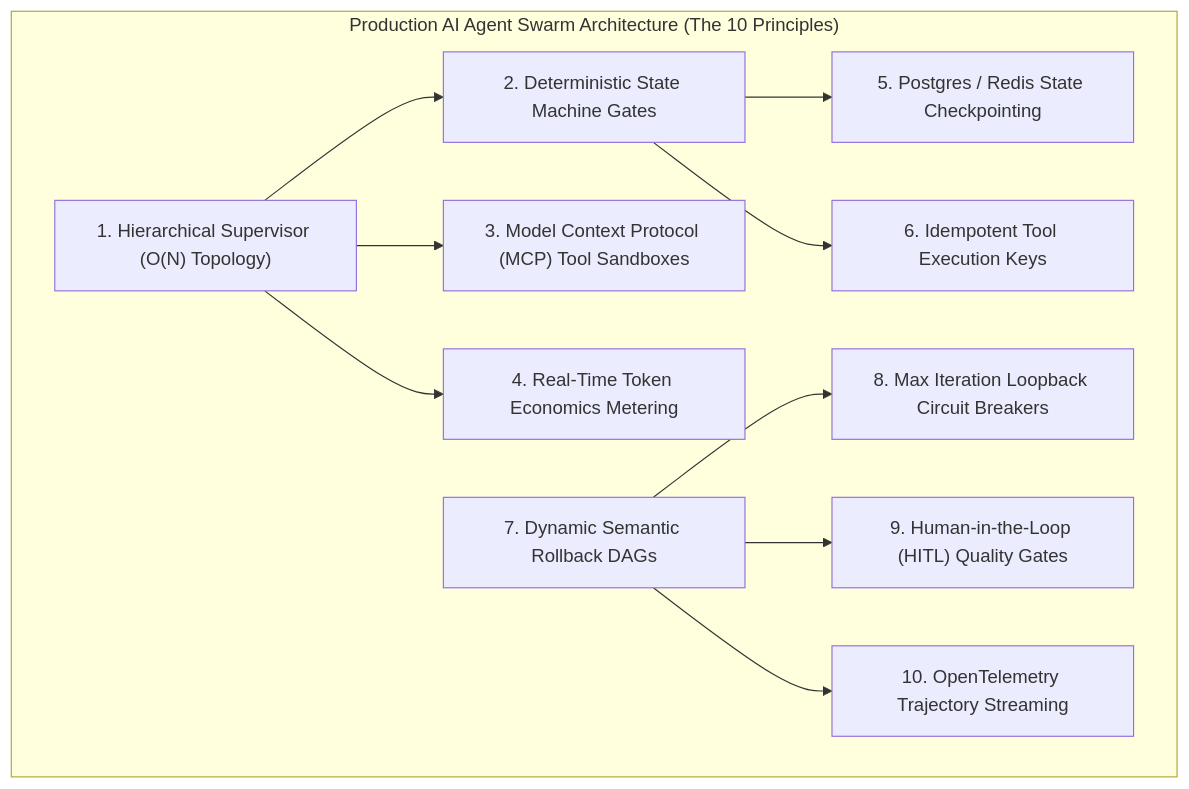
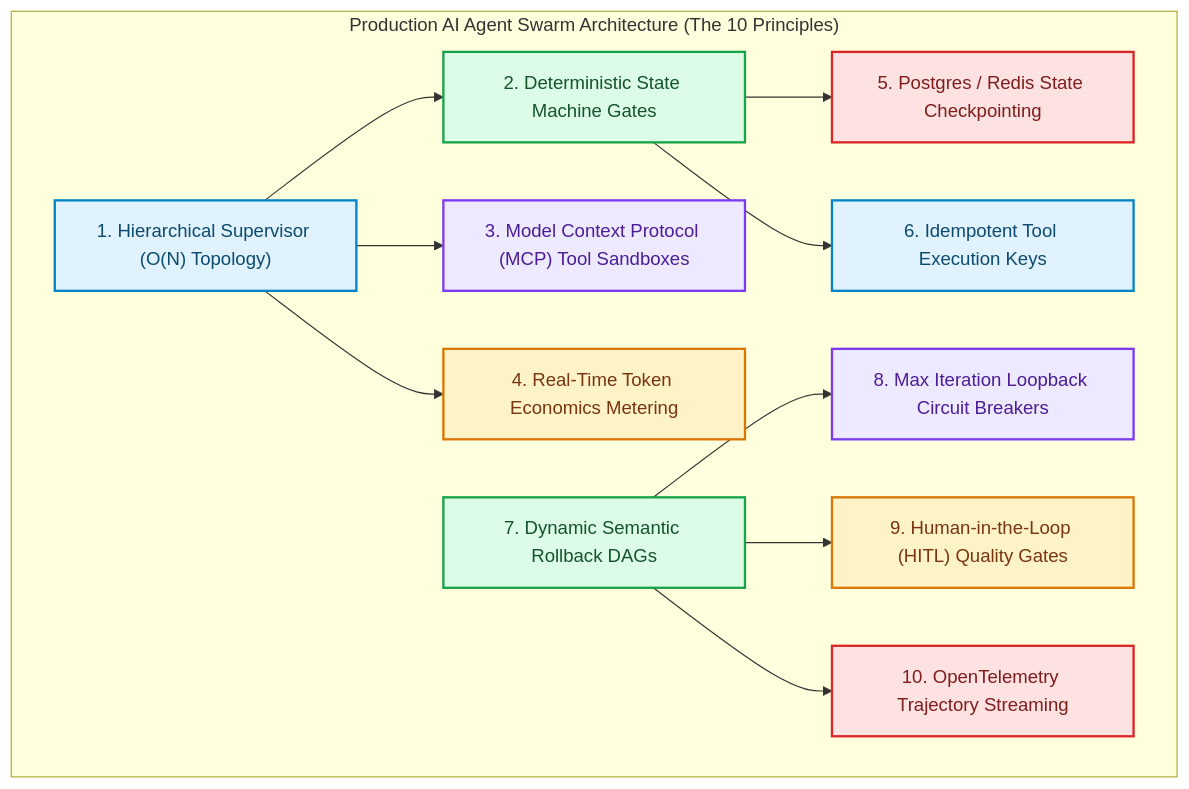
One commit to akmalkhaniub/akmalkhaniub.github.io changed the first of 3 diagrams in blog/posts/blueprint-production-ai-agent-swarms-10-architectural-principles.md. Above: the diagram before and after it, drawn with Mermaid. The commit also changed other lines of this file and 1291 other files, not shown here.

First line of the commit message:
feat(catalog): unique covers, scholarly references, and diagram palettes

````diff
--- a/blog/posts/blueprint-production-ai-agent-swarms-10-architectural-principles.md
+++ b/blog/posts/blueprint-production-ai-agent-swarms-10-architectural-principles.md
@@ -19,19 +19,30 @@
 ```mermaid
 flowchart TD
   subgraph SG1_ProductionAiAgent ["Production AI Agent Swarm Architecture (The 10 Principles)"]
     Supervisor["1. Hierarchical Supervisor (O(N) Topology)"]
     StateMachine["2. Deterministic State Machine Gates"]
     MCP["3. Model Context Protocol (MCP) Tool Sandboxes"]
     TokenBudget["4. Real-Time Token Economics Metering"]
     Checkpoint["5. Postgres / Redis State Checkpointing"]
     Idempotency["6. Idempotent Tool Execution Keys"]
     Rollback["7. Dynamic Semantic Rollback DAGs"]
     CircuitBreaker["8. Max Iteration Loopback Circuit Breakers"]
     HITL["9. Human-in-the-Loop (HITL) Quality Gates"]
     Telemetry["10. OpenTelemetry Trajectory Streaming"]
   end
   
   Supervisor --> StateMachine & MCP & TokenBudget
   StateMachine --> Checkpoint & Idempotency
   Rollback --> CircuitBreaker & HITL & Telemetry
+
+classDef green fill:#dcfce7,stroke:#16a34a,stroke-width:2px,color:#14532d;
+classDef red fill:#fee2e2,stroke:#dc2626,stroke-width:2px,color:#7f1d1d;
+classDef blue fill:#e0f2fe,stroke:#0284c7,stroke-width:2px,color:#0c4a6e;
+classDef yellow fill:#fef3c7,stroke:#d97706,stroke-width:2px,color:#78350f;
+classDef purple fill:#ede9fe,stroke:#7c3aed,stroke-width:2px,color:#4c1d95;
+class Supervisor,Idempotency blue
+class StateMachine,Rollback green
+class MCP,CircuitBreaker purple
+class TokenBudget,HITL yellow
+class Checkpoint,Telemetry red
 ```
````
